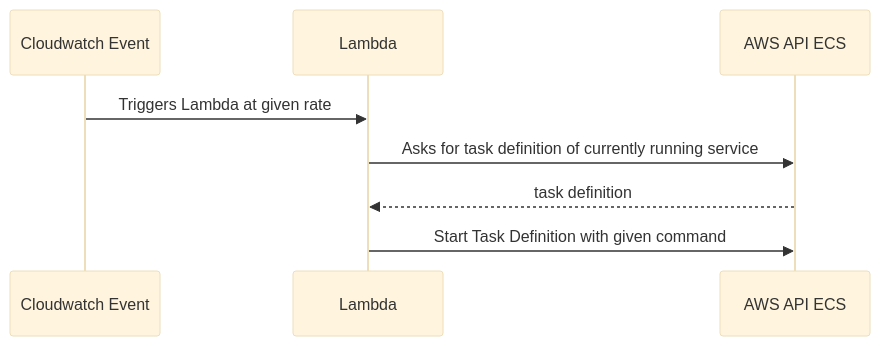
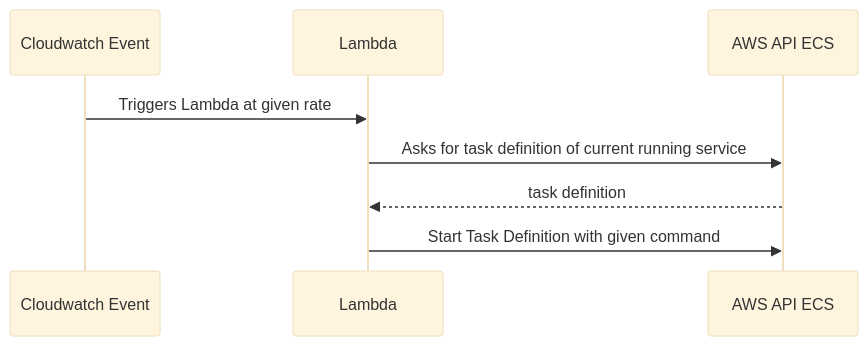
Before and after one commit to doingcloudright/airship.tf: the diagram in guide/ecs_service/ecs_cron_tasks.md, drawn with Mermaid (base theme). The commit also changed 5 other files, not shown here.

```diff
--- a/guide/ecs_service/ecs_cron_tasks.md
+++ b/guide/ecs_service/ecs_cron_tasks.md
@@ -11,7 +11,7 @@
 <div class="mermaid">
 sequenceDiagram
     Cloudwatch Event->>Lambda: Triggers Lambda at given rate
-    Lambda->>AWS API ECS: Asks for task definition of currently running service
+    Lambda->>AWS API ECS: Asks for task definition of current running service
     AWS API ECS-->>Lambda: task definition
     Lambda->>AWS API ECS: Start Task Definition with given command
 </div>
```
